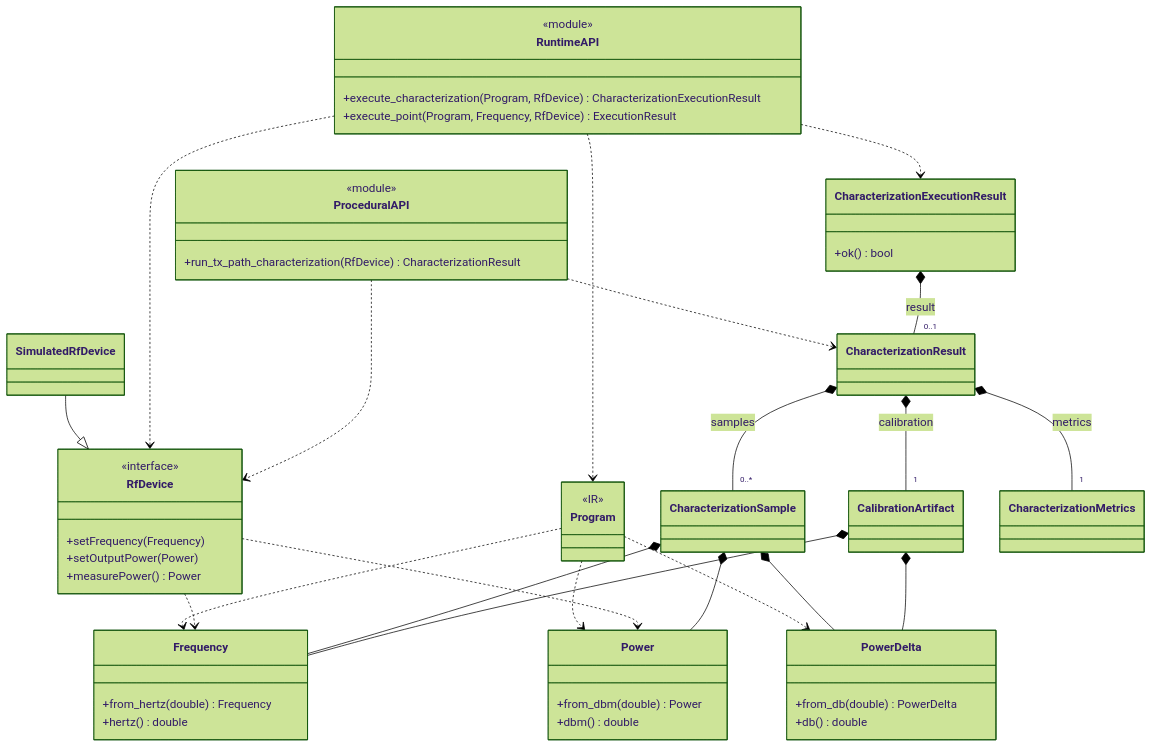
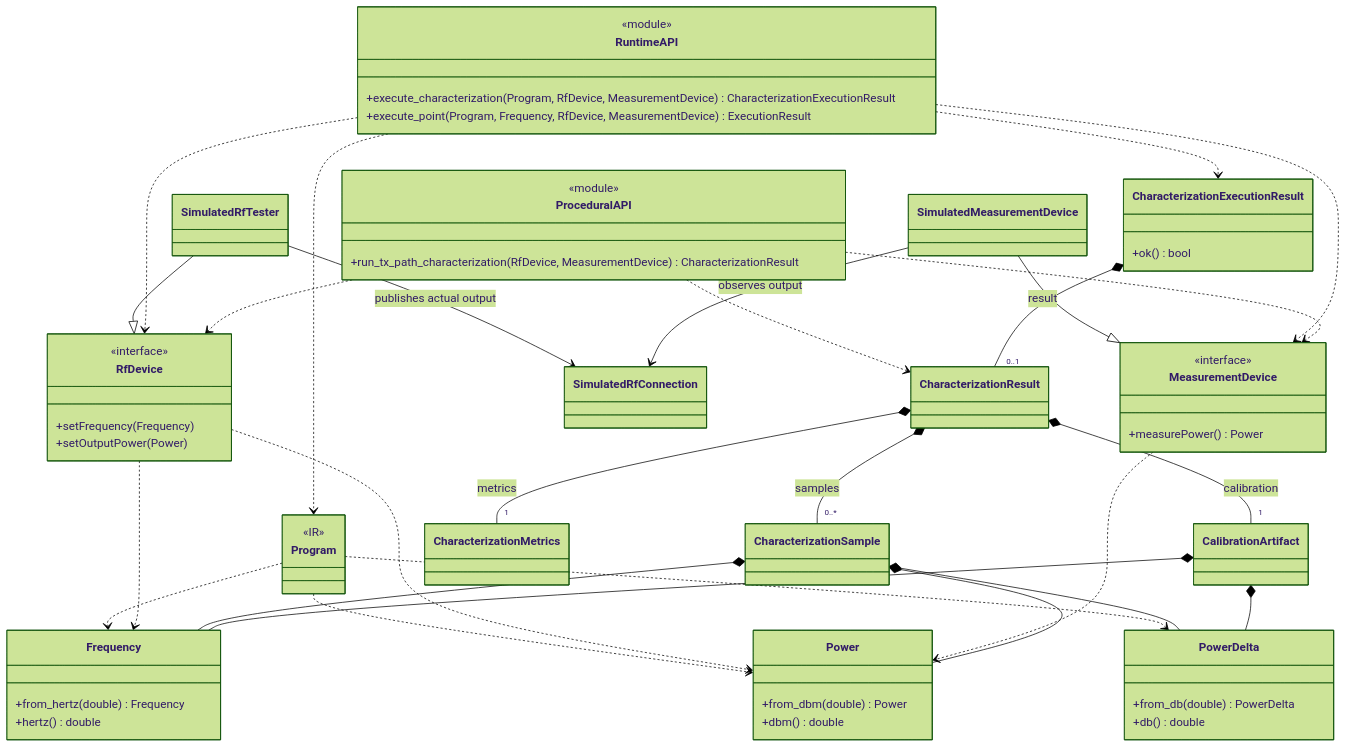
One commit to sergiorf/HorusRF changed the third of 4 diagrams in docs/architecture.md. Above: the diagram before and after it, drawn with Mermaid (forest theme). The commit also changed other lines of this file and 20 other files, not shown here.

Commit message:
Refactor TX characterization into separate tester and measurement devices

```diff
--- a/docs/architecture.md
+++ b/docs/architecture.md
@@ -110,23 +118,29 @@
 
     class RuntimeAPI {
         <<module>>
-        +execute_characterization(Program, RfDevice) CharacterizationExecutionResult
-        +execute_point(Program, Frequency, RfDevice) ExecutionResult
+        +execute_characterization(Program, RfDevice, MeasurementDevice) CharacterizationExecutionResult
+        +execute_point(Program, Frequency, RfDevice, MeasurementDevice) ExecutionResult
     }
 
     class ProceduralAPI {
         <<module>>
-        +run_tx_path_characterization(RfDevice) CharacterizationResult
+        +run_tx_path_characterization(RfDevice, MeasurementDevice) CharacterizationResult
     }
 
     class RfDevice {
         <<interface>>
         +setFrequency(Frequency)
         +setOutputPower(Power)
+    }
+
+    class MeasurementDevice {
+        <<interface>>
         +measurePower() Power
     }
 
-    class SimulatedRfDevice
+    class SimulatedRfTester
+    class SimulatedMeasurementDevice
+    class SimulatedRfConnection
 
     class CharacterizationExecutionResult {
         +ok() bool
@@ -152,11 +166,16 @@
         +db() double
     }
 
-    SimulatedRfDevice --|> RfDevice
+    SimulatedRfTester --|> RfDevice
+    SimulatedMeasurementDevice --|> MeasurementDevice
+    SimulatedRfTester --> SimulatedRfConnection : publishes actual output
+    SimulatedMeasurementDevice --> SimulatedRfConnection : observes output
     RuntimeAPI ..> Program
     RuntimeAPI ..> RfDevice
+    RuntimeAPI ..> MeasurementDevice
     RuntimeAPI ..> CharacterizationExecutionResult
     ProceduralAPI ..> RfDevice
+    ProceduralAPI ..> MeasurementDevice
     ProceduralAPI ..> CharacterizationResult
 
     CharacterizationExecutionResult *-- "0..1" CharacterizationResult : result
@@ -169,6 +188,7 @@
     Program ..> PowerDelta
     RfDevice ..> Frequency
     RfDevice ..> Power
+    MeasurementDevice ..> Power
     CharacterizationSample *-- Frequency
     CharacterizationSample *-- Power
     CharacterizationSample *-- PowerDelta
```
